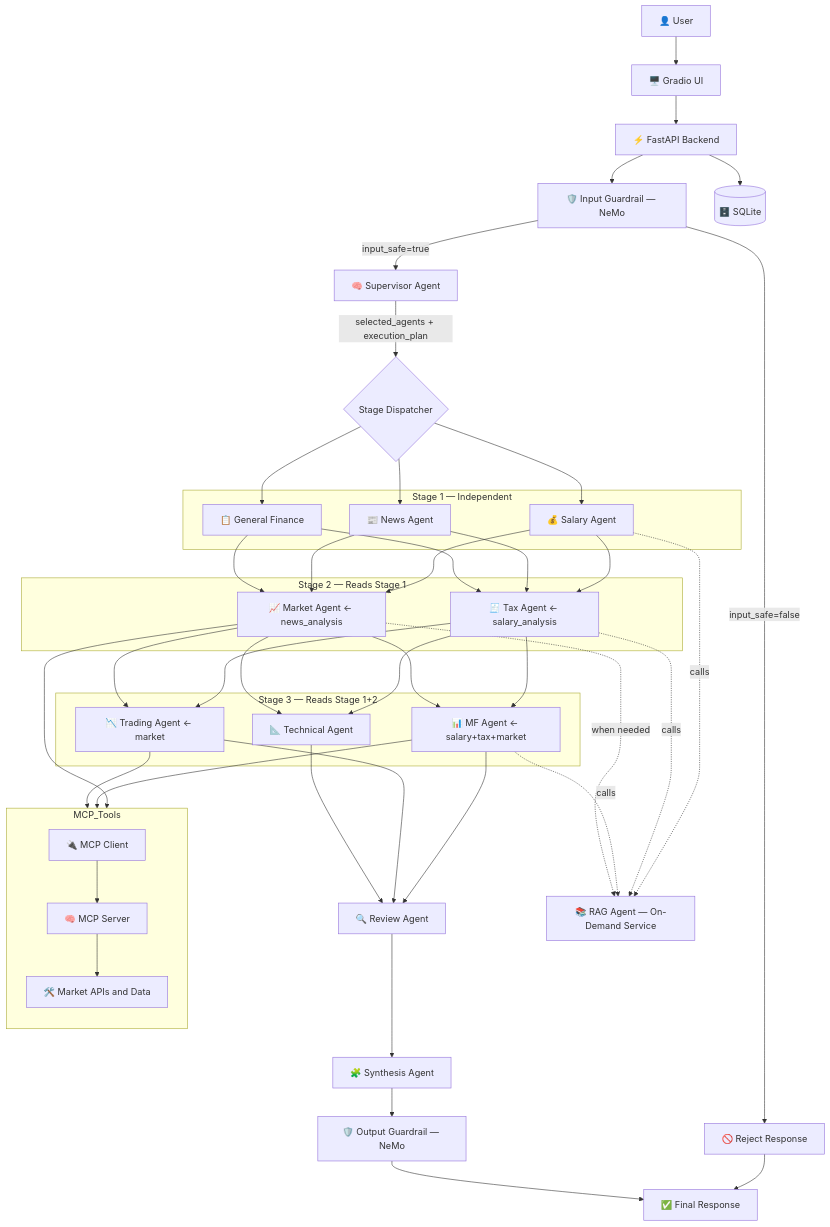
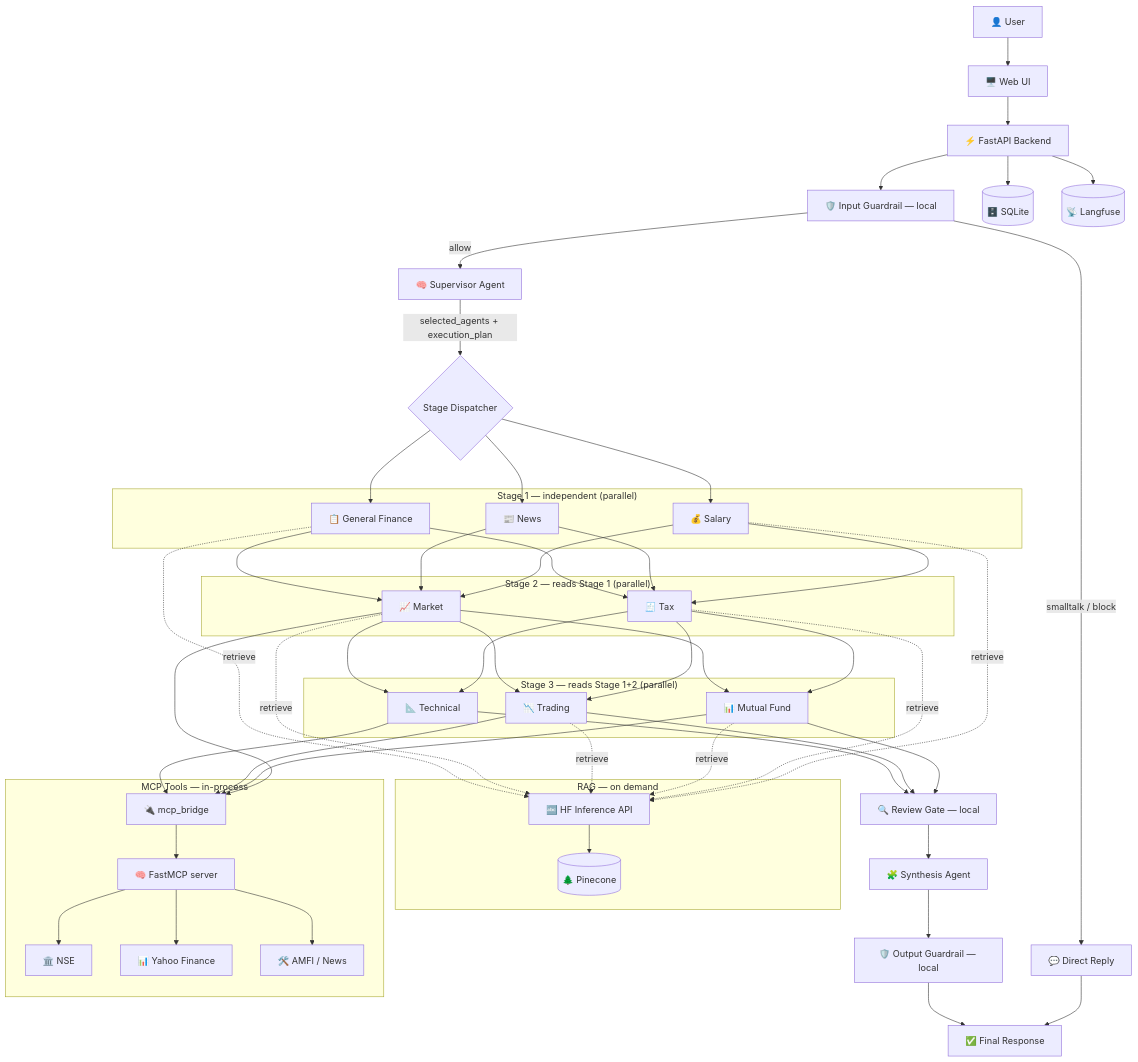
Before and after one commit to Kukilbharadwaj/FinSage-Multi-Agent-Financial-Intelligence-System: the diagram in README.md, drawn with Mermaid. The commit also changed other lines of this file and 45 other files, not shown here.

````diff
--- a/README.md
+++ b/README.md
@@ -32,62 +42,61 @@
 ```mermaid
 graph TD
-    User["👤 User"] --> UI["🖥️ Gradio UI"]
+    User["👤 User"] --> UI["🖥️ Web UI"]
     UI --> API["⚡ FastAPI Backend"]
-    API --> InputGuard["🛡️ Input Guardrail — NeMo"]
+    API --> Guard["🛡️ Input Guardrail — local"]
 
-    InputGuard -->|"input_safe=true"| Supervisor["🧠 Supervisor Agent"]
-    InputGuard -->|"input_safe=false"| Reject["🚫 Reject Response"]
-    Reject --> Response["✅ Final Response"]
+    Guard -->|"allow"| Supervisor["🧠 Supervisor Agent"]
+    Guard -->|"smalltalk / block"| Direct["💬 Direct Reply"]
+    Direct --> Response["✅ Final Response"]
 
     Supervisor -->|"selected_agents + execution_plan"| Dispatcher{Stage Dispatcher}
 
-    subgraph "Stage 1 — Independent"
-        Salary["💰 Salary Agent"]
-        News["📰 News Agent"]
+    subgraph S1["Stage 1 — independent (parallel)"]
+        Salary["💰 Salary"]
+        News["📰 News"]
         GenFin["📋 General Finance"]
     end
 
-    subgraph "Stage 2 — Reads Stage 1"
-        Tax["🧾 Tax Agent ← salary_analysis"]
-        Market["📈 Market Agent ← news_analysis"]
+    subgraph S2["Stage 2 — reads Stage 1 (parallel)"]
+        Tax["🧾 Tax"]
+        Market["📈 Market"]
     end
 
-    subgraph "Stage 3 — Reads Stage 1+2"
-        MF["📊 MF Agent ← salary+tax+market"]
-        Trading["📉 Trading Agent ← market"]
-        Technical["📐 Technical Agent"]
+    subgraph S3["Stage 3 — reads Stage 1+2 (parallel)"]
+        MF["📊 Mutual Fund"]
+        Trading["📉 Trading"]
+        Technical["📐 Technical"]
     end
 
     Dispatcher --> Salary & News & GenFin
     Salary & News & GenFin --> Tax & Market
     Tax & Market --> MF & Trading & Technical
 
-    MF & Trading & Technical --> Review["🔍 Review Agent"]
+    MF & Trading & Technical --> Review["🔍 Review Gate — local"]
     Review --> Synthesis["🧩 Synthesis Agent"]
-    Synthesis --> OutputGuard["🛡️ Output Guardrail — NeMo"]
-    OutputGuard --> Response
+    Synthesis --> OutGuard["🛡️ Output Guardrail — local"]
+    OutGuard --> Response
 
-    %% RAG ON-DEMAND
-    RAG["📚 RAG Agent — On-Demand Service"]
-    Salary -.->|calls| RAG
-    Tax -.->|calls| RAG
-    MF -.->|calls| RAG
-    Market -.->|"when needed"| RAG
-
-    %% MCP TOOLS
-    subgraph MCP_Tools
-        direction TB
-        MCPClient["🔌 MCP Client"]
-        MCPServer["🧠 MCP Server"]
-        Tools["🛠️ Market APIs and Data"]
+    subgraph RAGSYS["RAG — on demand"]
+        Embed["🔤 HF Inference API"]
+        Pine[("🌲 Pinecone")]
     end
 
-    Market --> MCPClient
-    MF --> MCPClient
-    Trading --> MCPClient
-    MCPClient --> MCPServer
-    MCPServer --> Tools
+    Salary & Tax & MF & Trading & Market & GenFin -.->|retrieve| Embed
+    Embed --> Pine
 
-    %% STORAGE
+    subgraph MCPSYS["MCP Tools — in-process"]
+        Bridge["🔌 mcp_bridge"]
+        Server["🧠 FastMCP server"]
+        NSE["🏛️ NSE"]
+        YF["📊 Yahoo Finance"]
+        Other["🛠️ AMFI / News"]
+    end
+
+    Market & MF & Trading & Technical --> Bridge
+    Bridge --> Server
+    Server --> NSE & YF & Other
+
     API --> DB[("🗄️ SQLite")]
+    API --> LF[("📡 Langfuse")]
 ```
````
